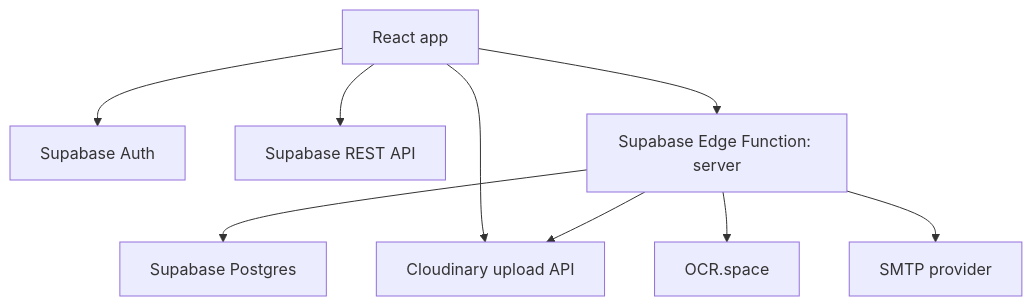
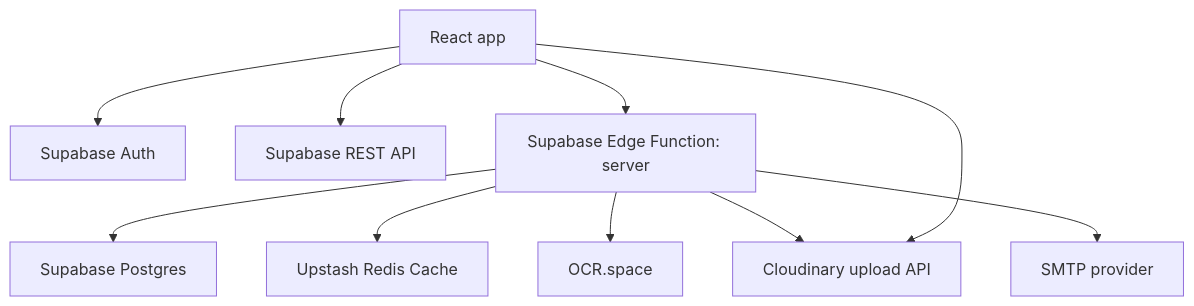
The diagram in README.md (hamsoool/ClinicKa), drawn with Mermaid before and after one commit. The commit also changed other lines of this file, not shown here.

````diff
--- a/README.md
+++ b/README.md
@@ -85,11 +86,12 @@
 ```mermaid
 graph TD
   Browser[React app] --> Auth[Supabase Auth]
   Browser --> Rest[Supabase REST API]
   Browser --> Function[Supabase Edge Function: server]
   Browser --> Cloudinary[Cloudinary upload API]
   Function --> Database[Supabase Postgres]
+  Function --> Redis[Upstash Redis Cache]
   Function --> Cloudinary
   Function --> OCR[OCR.space]
   Function --> SMTP[SMTP provider]
 ```
````
